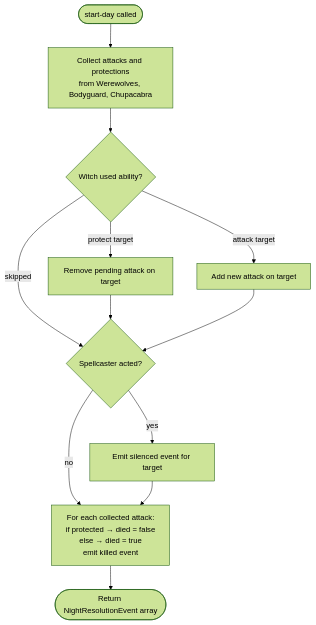
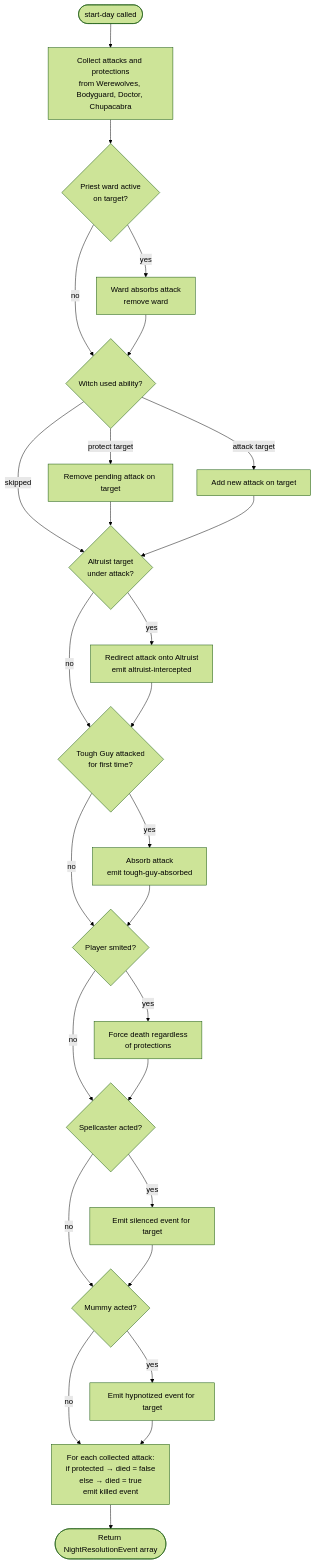
The diagram in docs/werewolf/actions.md (rmartz/hidden-role-game), drawn with Mermaid (forest theme) before and after one commit. The commit also changed other lines of this file and 3 other files, not shown here.

````diff
--- a/docs/werewolf/actions.md
+++ b/docs/werewolf/actions.md
@@ -141,16 +252,36 @@
 ```mermaid
 flowchart TD
-    Start([start-day called]) --> Collect[Collect attacks and protections\nfrom Werewolves, Bodyguard, Chupacabra]
-    Collect --> Witch{Witch used ability?}
+    Start([start-day called]) --> Collect[Collect attacks and protections\nfrom Werewolves, Bodyguard, Doctor, Chupacabra]
+    Collect --> Priest{Priest ward active\non target?}
+    Priest -->|yes| WardAbsorb[Ward absorbs attack\nremove ward]
+    Priest -->|no| Witch
+    WardAbsorb --> Witch
+    Witch{Witch used ability?}
     Witch -->|protect target| Protect[Remove pending attack on target]
     Witch -->|attack target| NewAttack[Add new attack on target]
-    Witch -->|skipped| Spellcaster
-    Protect --> Spellcaster
-    NewAttack --> Spellcaster
+    Witch -->|skipped| Altruist
+    Protect --> Altruist
+    NewAttack --> Altruist
+    Altruist{Altruist target\nunder attack?}
+    Altruist -->|yes| Intercept[Redirect attack onto Altruist\nemit altruist-intercepted]
+    Altruist -->|no| ToughGuy
+    Intercept --> ToughGuy
+    ToughGuy{Tough Guy attacked\nfor first time?}
+    ToughGuy -->|yes| Absorb[Absorb attack\nemit tough-guy-absorbed]
+    ToughGuy -->|no| Smite
+    Absorb --> Smite
+    Smite{Player smited?}
+    Smite -->|yes| ForceDeath[Force death regardless\nof protections]
+    Smite -->|no| Spellcaster
+    ForceDeath --> Spellcaster
     Spellcaster{Spellcaster acted?}
     Spellcaster -->|yes| Silence[Emit silenced event for target]
-    Spellcaster -->|no| Resolve
-    Silence --> Resolve
+    Spellcaster -->|no| Mummy
+    Silence --> Mummy
+    Mummy{Mummy acted?}
+    Mummy -->|yes| Hypnotize[Emit hypnotized event for target]
+    Mummy -->|no| Resolve
+    Hypnotize --> Resolve
     Resolve[For each collected attack:\nif protected → died = false\nelse → died = true\nemit killed event]
     Resolve --> Return([Return NightResolutionEvent array])
 ```
````
